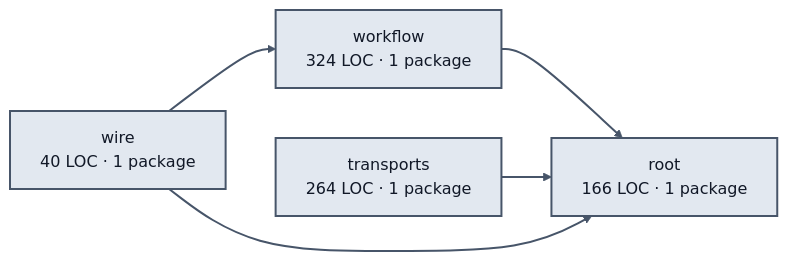
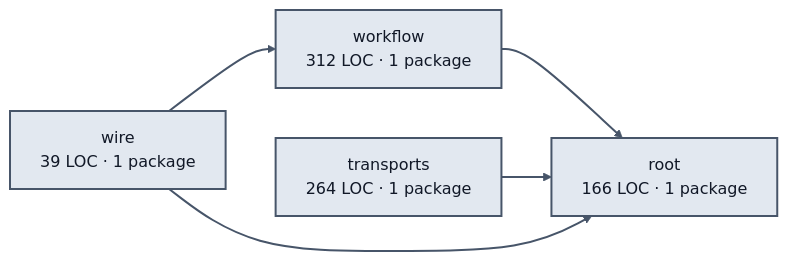
The diagram in docs/architecture/visualizations/services/system_initialization.md (portpowered/you-agent-factory), drawn with Mermaid before and after one commit. The commit also changed other lines of this file and 20 other files, not shown here.

Commit message:
docs: refresh backend architecture visualizations

````diff
--- a/docs/architecture/visualizations/services/system_initialization.md
+++ b/docs/architecture/visualizations/services/system_initialization.md
@@ -11,16 +11,16 @@
 ```mermaid
 flowchart LR
-  p0["workflow<br/>324 LOC · 1 package"]
+  p0["workflow<br/>312 LOC · 1 package"]
   p1["root<br/>166 LOC · 1 package"]
   p2["transports<br/>264 LOC · 1 package"]
-  p3["wire<br/>40 LOC · 1 package"]
+  p3["wire<br/>39 LOC · 1 package"]
   p0 --> p1
   p2 --> p1
   p3 --> p0
   p3 --> p1
   style p0 fill:#e2e8f0,stroke:#475569,stroke-width:2px,color:#111827
   style p1 fill:#e2e8f0,stroke:#475569,stroke-width:2px,color:#111827
   style p2 fill:#e2e8f0,stroke:#475569,stroke-width:2px,color:#111827
   style p3 fill:#e2e8f0,stroke:#475569,stroke-width:2px,color:#111827
   linkStyle default stroke:#475569,stroke-width:2px
 ```
````
